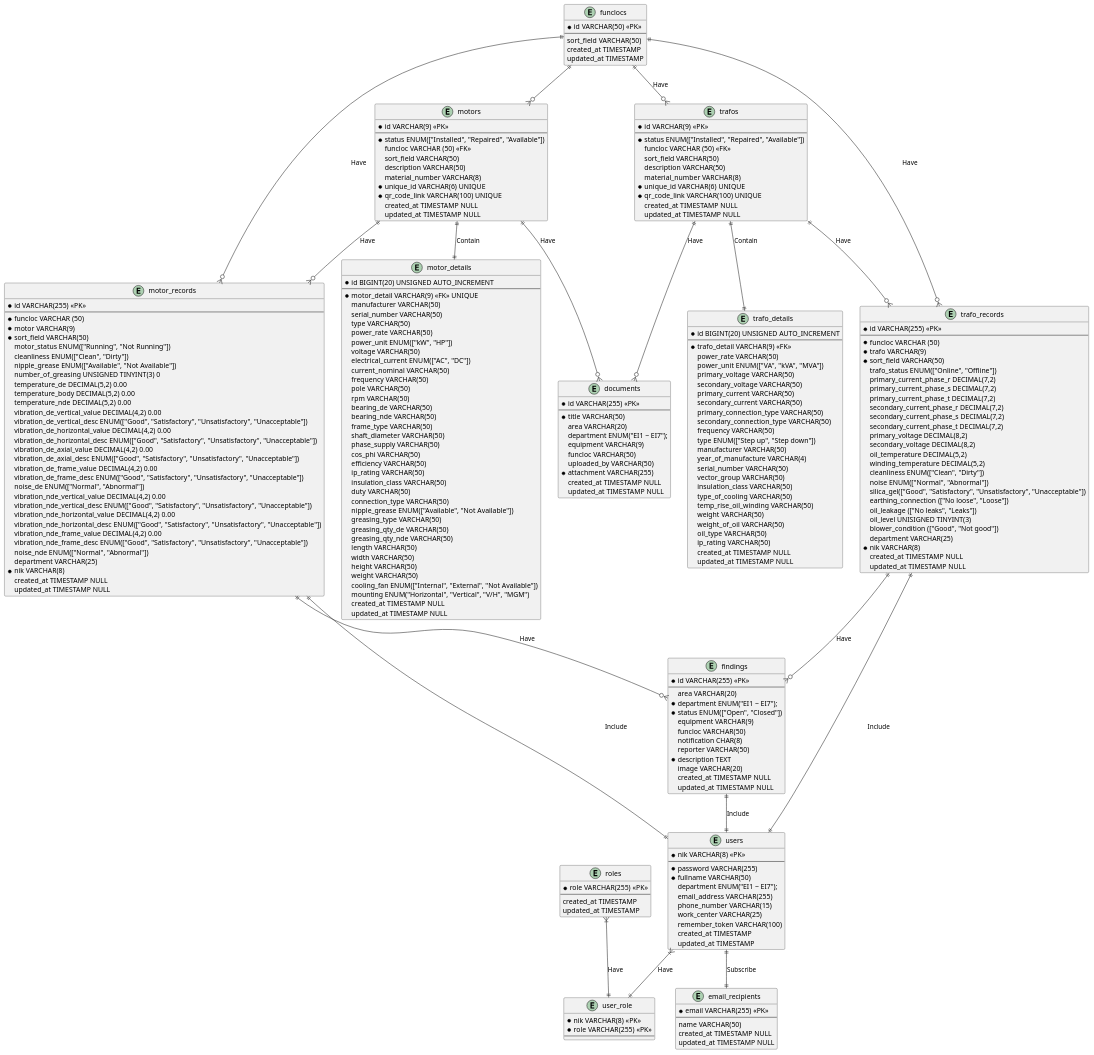
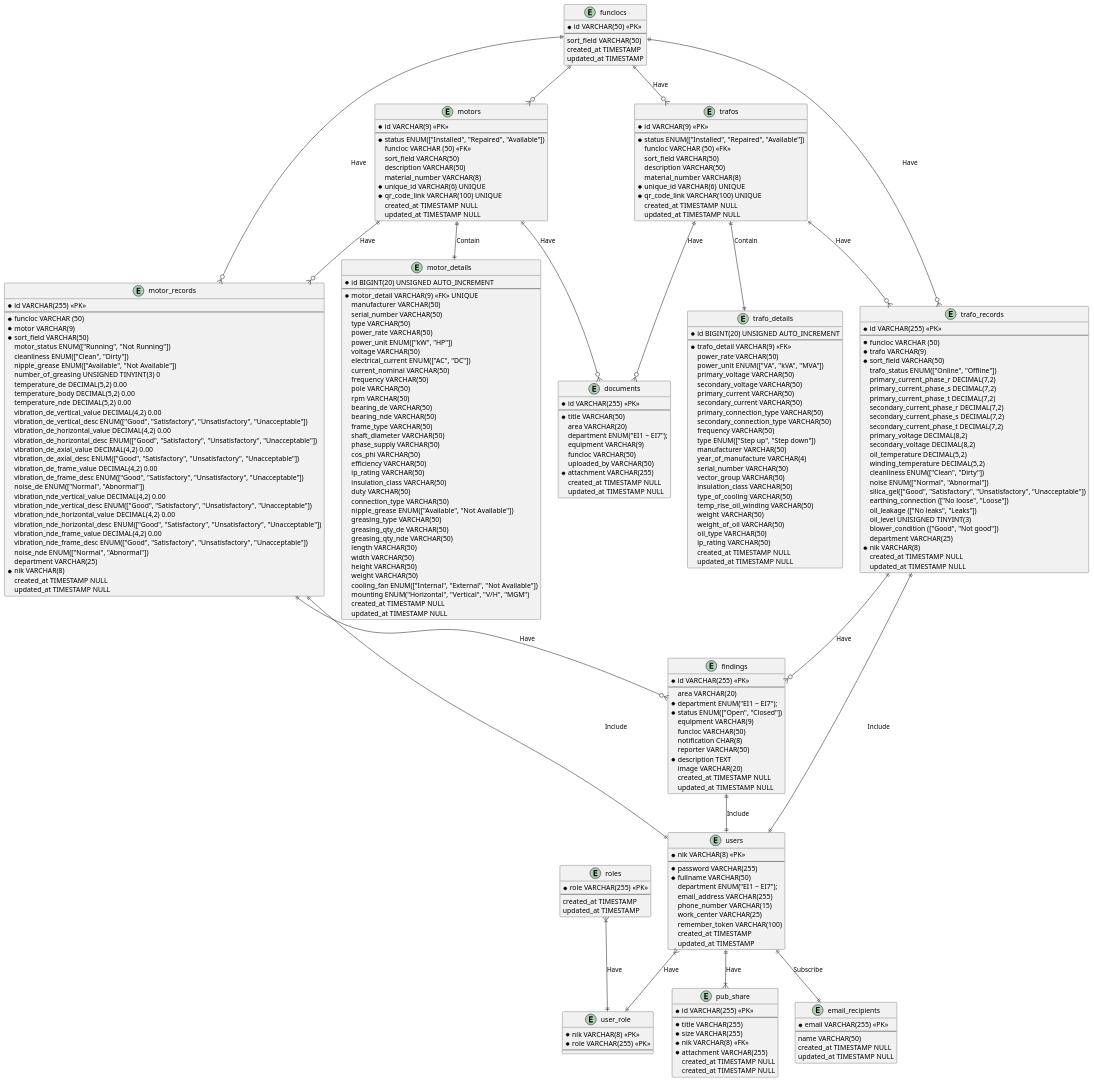
One commit to doniduaasattuu/fajar-e-maintenance changed the diagram in docs/fajar_e_maintenance.puml. Above: the diagram before and after it, drawn with PlantUML. The commit also changed 18 other files, not shown here.

Commit message:
create feature pub-share

```diff
--- a/docs/fajar_e_maintenance.puml
+++ b/docs/fajar_e_maintenance.puml
@@ -228,6 +228,17 @@
     created_at TIMESTAMP NULL
     updated_at TIMESTAMP NULL
 }
+
+entity pub_share {
+  * id VARCHAR(255) <<PK>>
+  --
+  * title VARCHAR(255)
+  * size VARCHAR(255)
+  * nik VARCHAR(8) <<FK>>
+  * attachment VARCHAR(255)
+    created_at TIMESTAMP NULL
+    created_at TIMESTAMP NULL
+}
  
 entity email_recipients {
   * email VARCHAR(255) <<PK>>
@@ -237,6 +248,7 @@
     updated_at TIMESTAMP NULL
 }
  
+users ||--|{ pub_share : Have
 users ||--|| email_recipients : Subscribe
 users }|--|| user_role : Have
 roles }|--|| user_role : Have
```
